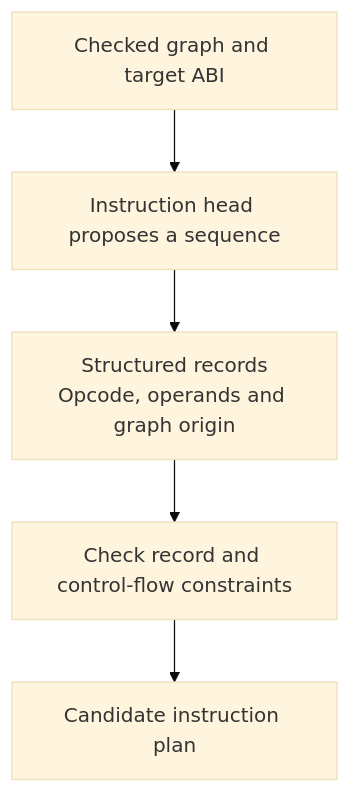
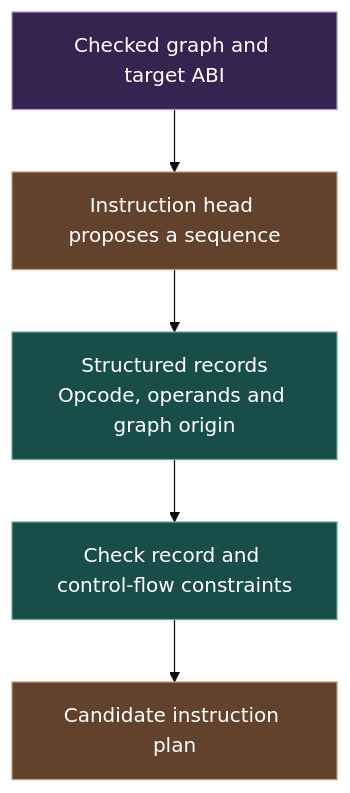
Before and after one commit to Kian-hdr/lore-demo: the third of 6 diagrams in docs/Subsystems.md, drawn with Mermaid (base theme). The commit also changed other lines of this file and 7 other files, not shown here.

Commit message:
IND-317 visualize memory architecture and use numeric hierarchy codes

````diff
--- a/docs/Subsystems.md
+++ b/docs/Subsystems.md
@@ -40,7 +46,13 @@
 ```mermaid
 flowchart TD
     A["Checked graph and target ABI"] --> B["Instruction head proposes a sequence"]
     B --> C["Structured records<br/>Opcode, operands and graph origin"]
     C --> D["Check record and control-flow constraints"]
     D --> E["Candidate instruction plan"]
+    classDef plan fill:#35244f,stroke:#aa91d2,color:#ffffff;
+    class A plan;
+    classDef exec fill:#62422d,stroke:#c39770,color:#ffffff;
+    class B,E exec;
+    classDef data fill:#194e48,stroke:#6ea59d,color:#ffffff;
+    class C,D data;
 ```
````
